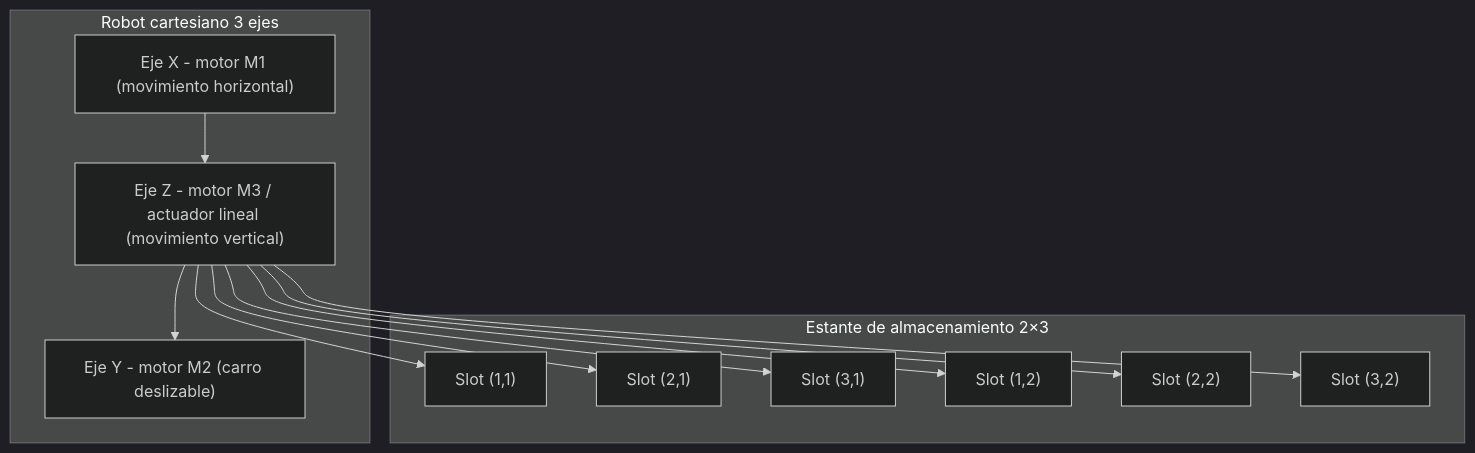
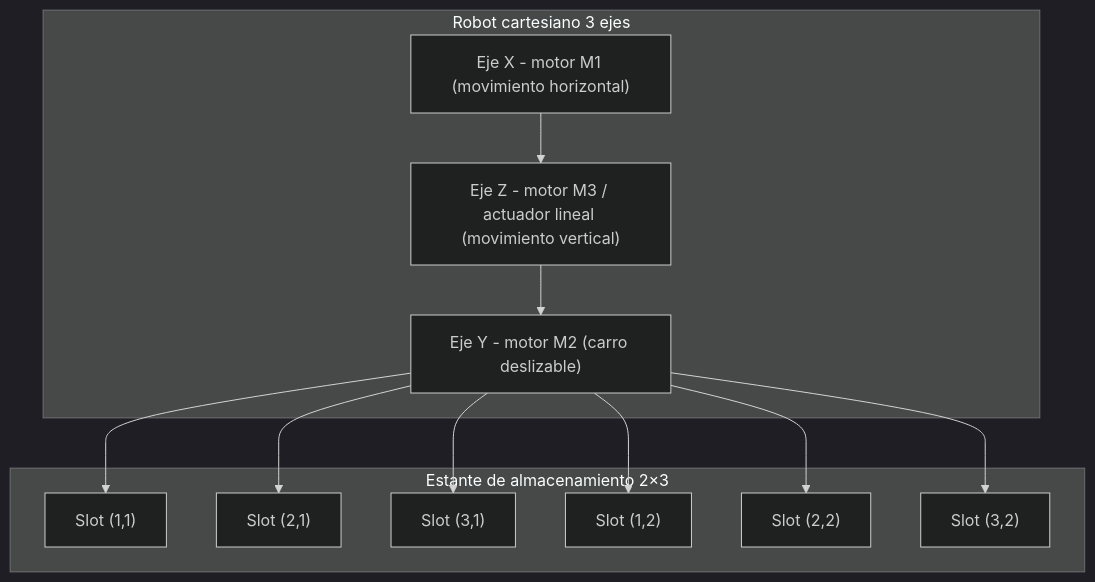
One commit to SB-312/Proyecto-Intermedio-IIoT changed the first of 4 diagrams in README.md. Above: the diagram before and after it, drawn with Mermaid (dark theme).

````diff
--- a/README.md
+++ b/README.md
@@ -56,25 +56,25 @@
 ```mermaid
 flowchart TB
   subgraph Robot["Robot cartesiano 3 ejes"]
     X["Eje X - motor M1 (movimiento horizontal)"]
     Z["Eje Z - motor M3 / actuador lineal (movimiento vertical)"]
     Y["Eje Y - motor M2 (carro deslizable)"]
     X --> Z --> Y
   end
 
   subgraph Estante["Estante de almacenamiento 2×3"]
     S11["Slot (1,1)"]
     S21["Slot (2,1)"]
     S31["Slot (3,1)"]
     S12["Slot (1,2)"]
     S22["Slot (2,2)"]
     S32["Slot (3,2)"]
   end
 
-  Z --> S11
-  Z --> S21
-  Z --> S31
-  Z --> S12
-  Z --> S22
-  Z --> S32
+  Y --> S11
+  Y --> S21
+  Y --> S31
+  Y --> S12
+  Y --> S22
+  Y --> S32
 ```
````
